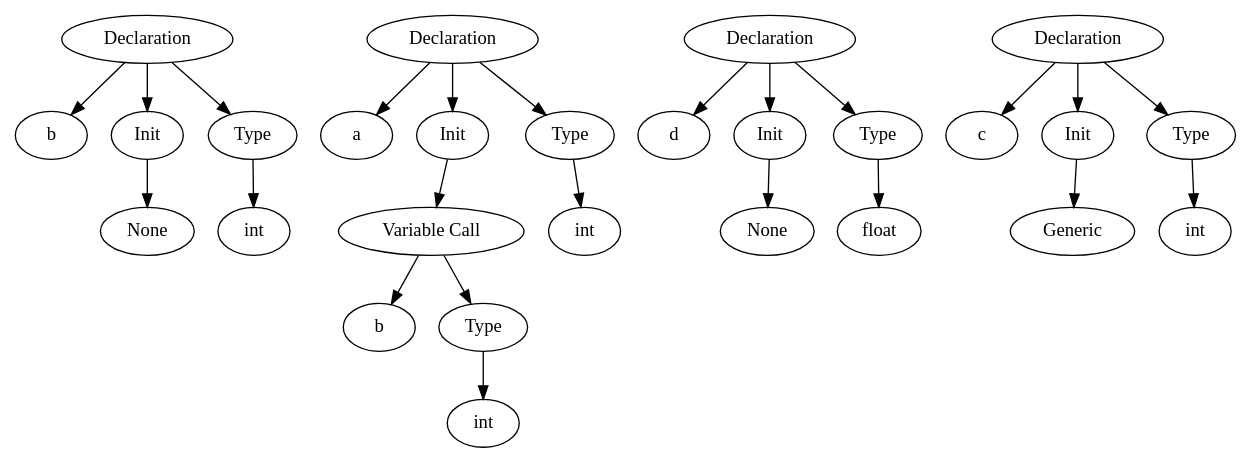
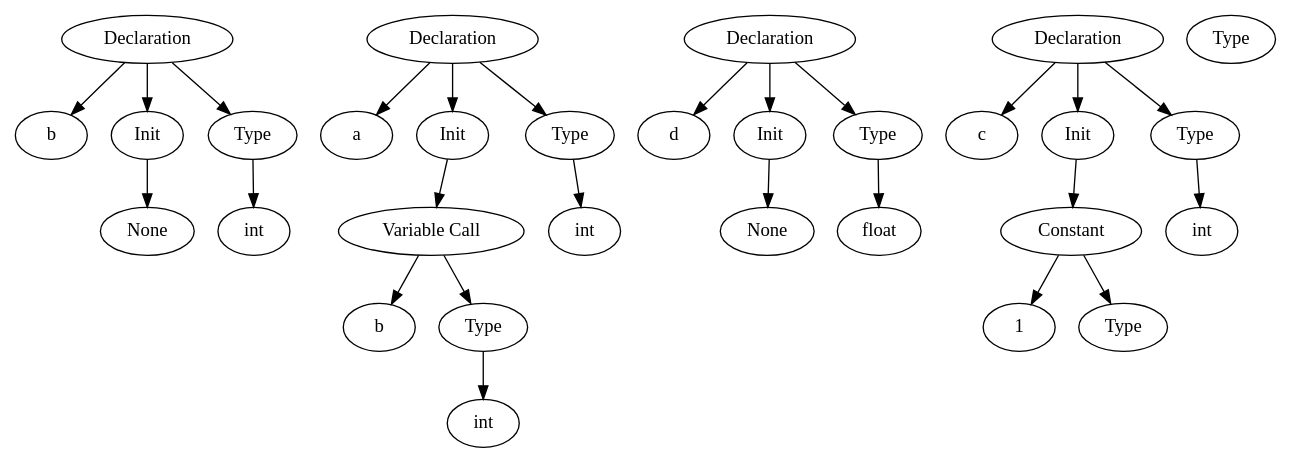
Before and after one commit to ChaseCarthen/CS660-Compiler-Construction: the diagram in graph.dot, drawn with Graphviz. The commit also changed 6 other files, not shown here.

```diff
--- a/graph.dot
+++ b/graph.dot
@@ -1,14 +1,14 @@
 digraph parse_tree {{gv100001[label="Declaration"]}->{b gv100000[label="Init"] gv100002[label="Type"]};
 {gv100000[label="Init"]}->{gv100004[label="None"]};
 {gv100002[label="Type"]}->{gv100003[label="int"]};
 {gv100006[label="Declaration"]}->{a gv100005[label="Init"] gv100007[label="Type"]};
 {gv100005[label="Init"]}->{gv100009[label="Variable Call"]}->{gv100010[label="b"] gv100011[label="Type"]};
 {gv100011[label="Type"]}->{gv100012[label="int"]};
 {gv100007[label="Type"]}->{gv100008[label="int"]};
 {gv100014[label="Declaration"]}->{d gv100013[label="Init"] gv100015[label="Type"]};
 {gv100013[label="Init"]}->{gv100017[label="None"]};
 {gv100015[label="Type"]}->{gv100016[label="float"]};
 {gv100019[label="Declaration"]}->{c gv100018[label="Init"] gv100020[label="Type"]};
-{gv100018[label="Init"]}->Generic;
-{gv100020[label="Type"]}->{gv100021[label="int"]};
+{gv100018[label="Init"]}->Constant->1,Type;
+gv100022[label="Type"]{gv100020[label="Type"]}->{gv100021[label="int"]};
 }
```
